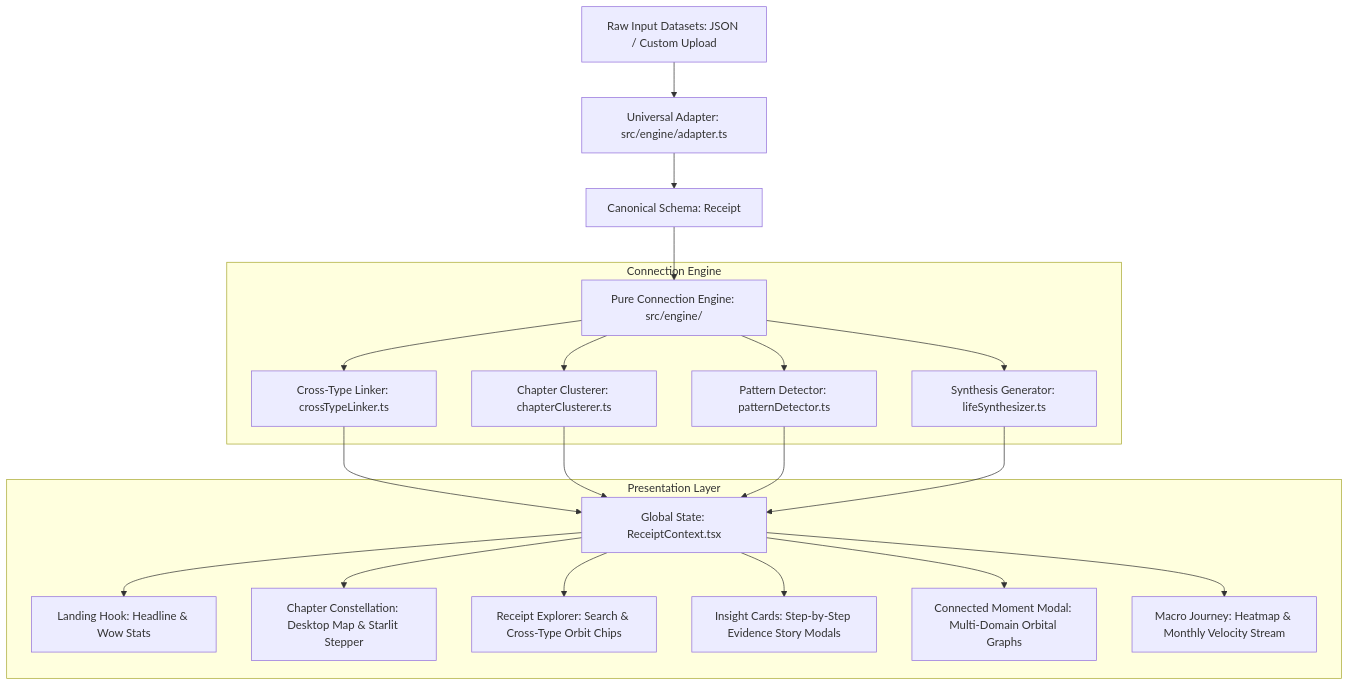
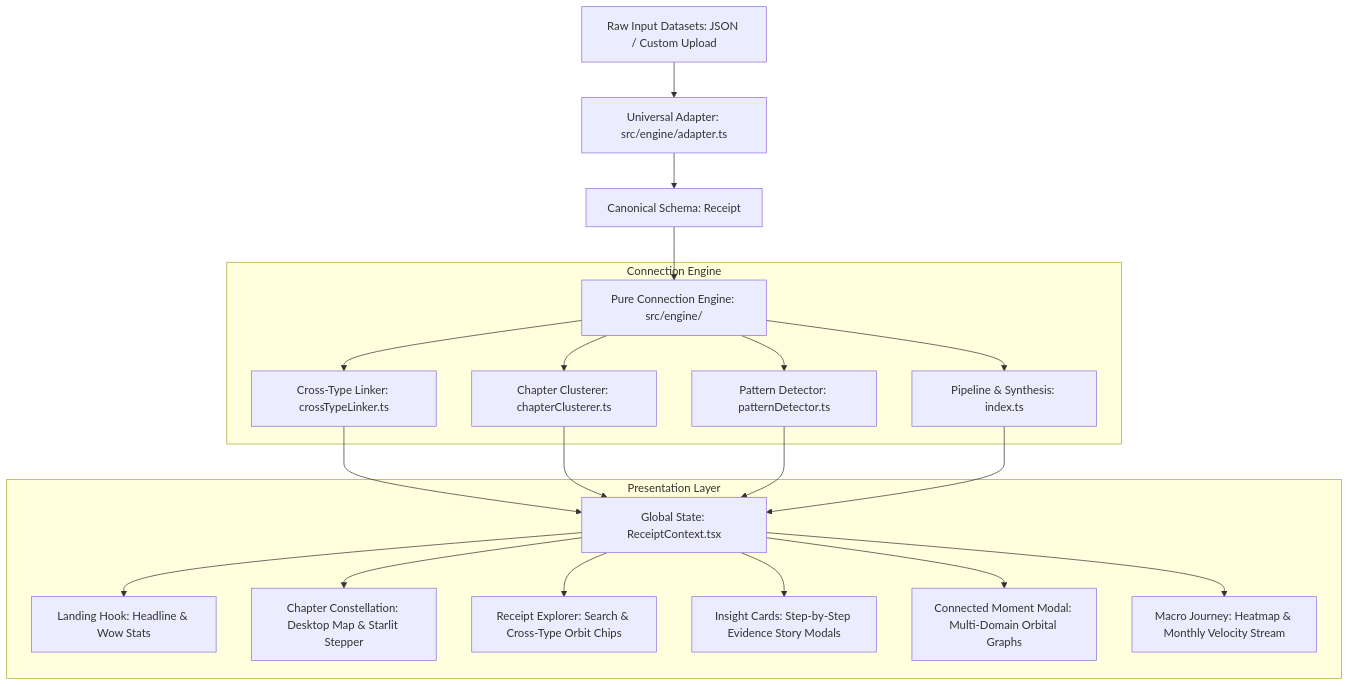
The diagram in README.md (SKartik03/your-life-in-receipts), drawn with Mermaid before and after one commit. The commit also changed other lines of this file and 1 other file, not shown here.

````diff
--- a/README.md
+++ b/README.md
@@ -29,27 +28,27 @@
 ```mermaid
 graph TD
     A[Raw Input Datasets: JSON / Custom Upload] --> B[Universal Adapter: src/engine/adapter.ts]
     B --> C[Canonical Schema: Receipt]
     C --> D[Pure Connection Engine: src/engine/]
     
     subgraph "Connection Engine"
         D --> D1[Cross-Type Linker: crossTypeLinker.ts]
         D --> D2[Chapter Clusterer: chapterClusterer.ts]
         D --> D3[Pattern Detector: patternDetector.ts]
-        D --> D4[Synthesis Generator: lifeSynthesizer.ts]
+        D --> D4[Pipeline & Synthesis: index.ts]
     end
     
     D1 --> E[Global State: ReceiptContext.tsx]
     D2 --> E
     D3 --> E
     D4 --> E
     
     subgraph "Presentation Layer"
         E --> F1[Landing Hook: Headline & Wow Stats]
         E --> F2[Chapter Constellation: Desktop Map & Starlit Stepper]
         E --> F3[Receipt Explorer: Search & Cross-Type Orbit Chips]
         E --> F4[Insight Cards: Step-by-Step Evidence Story Modals]
         E --> F5[Connected Moment Modal: Multi-Domain Orbital Graphs]
         E --> F6[Macro Journey: Heatmap & Monthly Velocity Stream]
     end
 ```
````
